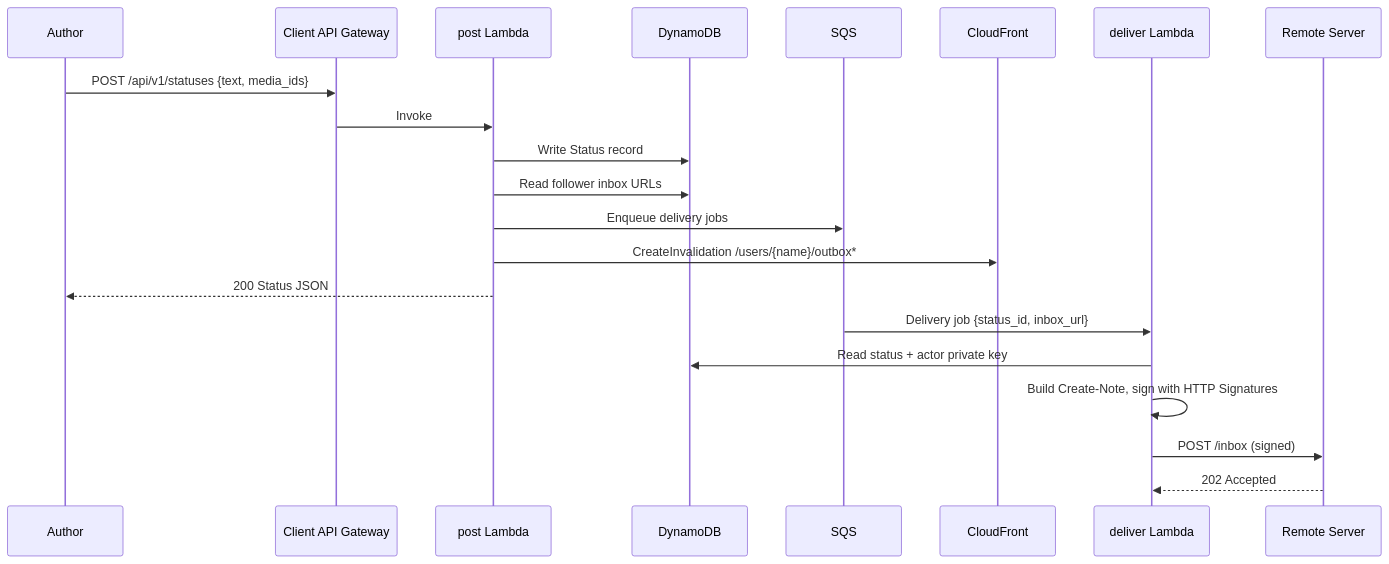
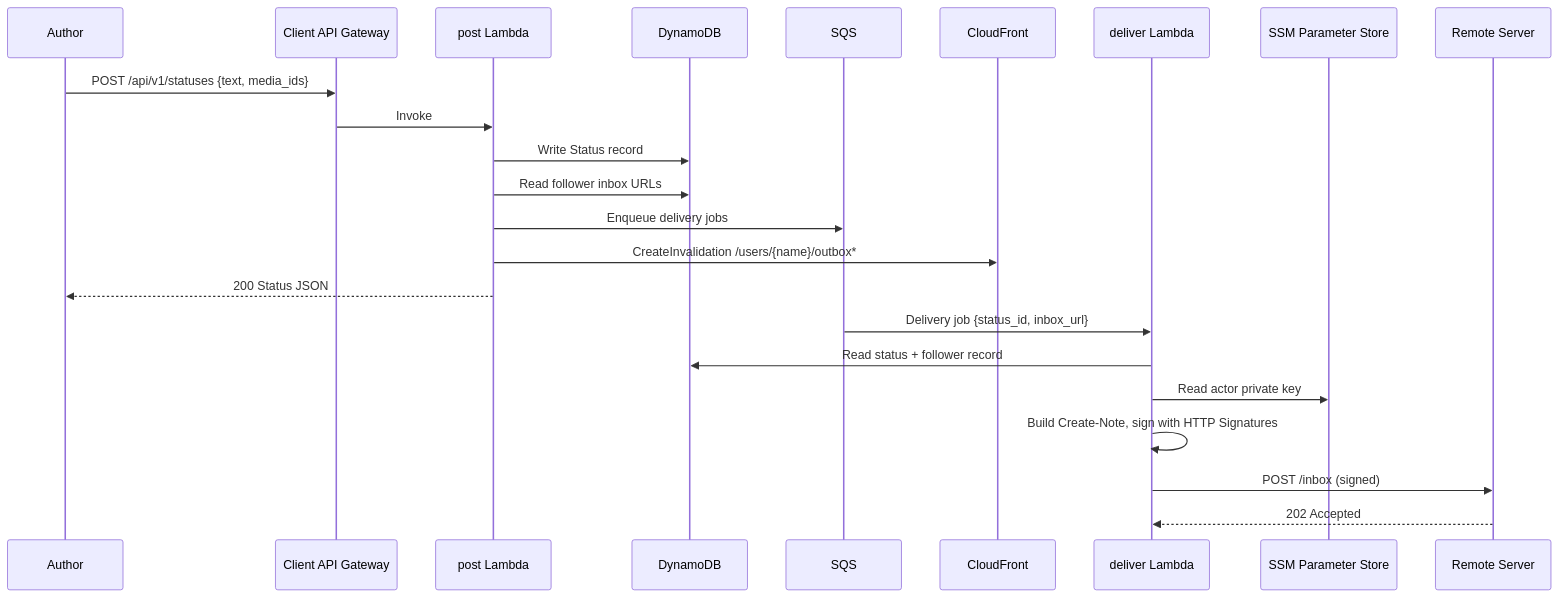
One commit to happitec-inc/FederatedActivityPublisher changed the second of 4 diagrams in Sources/ActivityPubCore/Documentation.docc/ArchitectureOverview.md. Above: the diagram before and after it, drawn with Mermaid. The commit also changed other lines of this file and 2 other files, not shown here.

Commit message:
Fix DocC review: SSM in posting diagram, missing symbols, cost estimates

````diff
--- a/Sources/ActivityPubCore/Documentation.docc/ArchitectureOverview.md
+++ b/Sources/ActivityPubCore/Documentation.docc/ArchitectureOverview.md
@@ -97,25 +103,27 @@
 ```mermaid
 sequenceDiagram
     participant U as Author
     participant CG as Client API Gateway
     participant P as post Lambda
     participant DB as DynamoDB
     participant Q as SQS
     participant CF as CloudFront
     participant D as deliver Lambda
+    participant SM as SSM Parameter Store
     participant R as Remote Server
 
     U->>CG: POST /api/v1/statuses {text, media_ids}
     CG->>P: Invoke
     P->>DB: Write Status record
     P->>DB: Read follower inbox URLs
     P->>Q: Enqueue delivery jobs
     P->>CF: CreateInvalidation /users/{name}/outbox*
     P-->>U: 200 Status JSON
 
     Q->>D: Delivery job {status_id, inbox_url}
-    D->>DB: Read status + actor private key
+    D->>DB: Read status + follower record
+    D->>SM: Read actor private key
     D->>D: Build Create-Note, sign with HTTP Signatures
     D->>R: POST /inbox (signed)
     R-->>D: 202 Accepted
 ```
````
